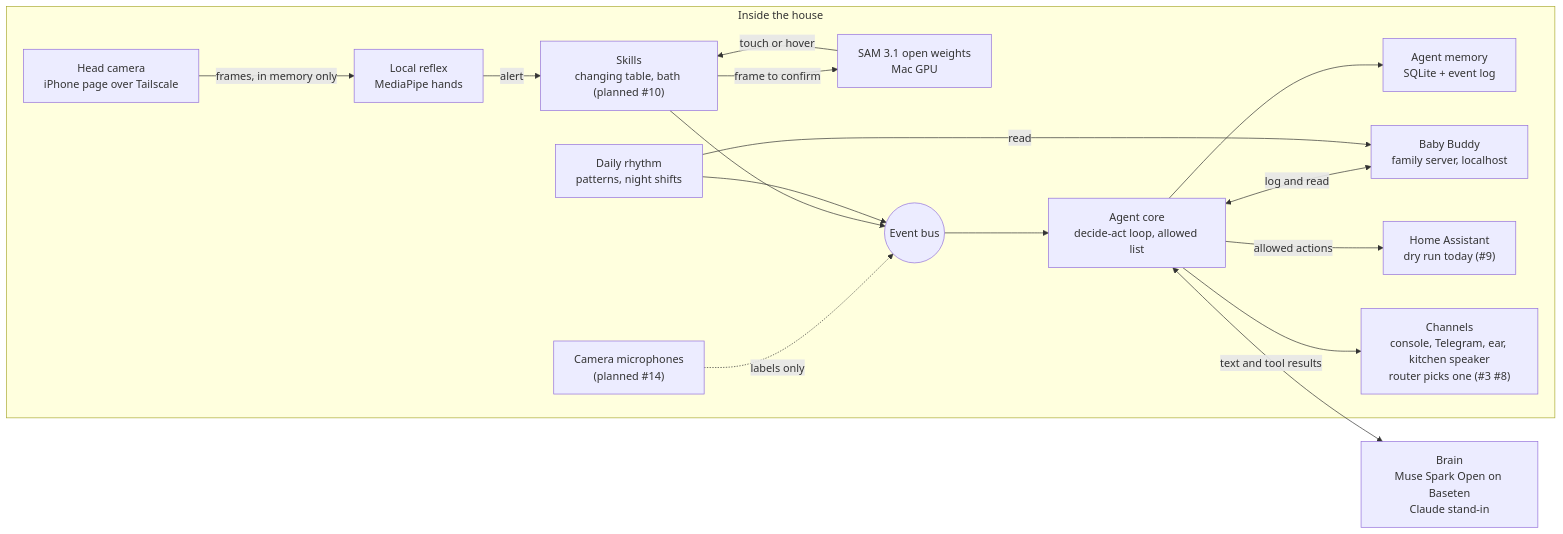
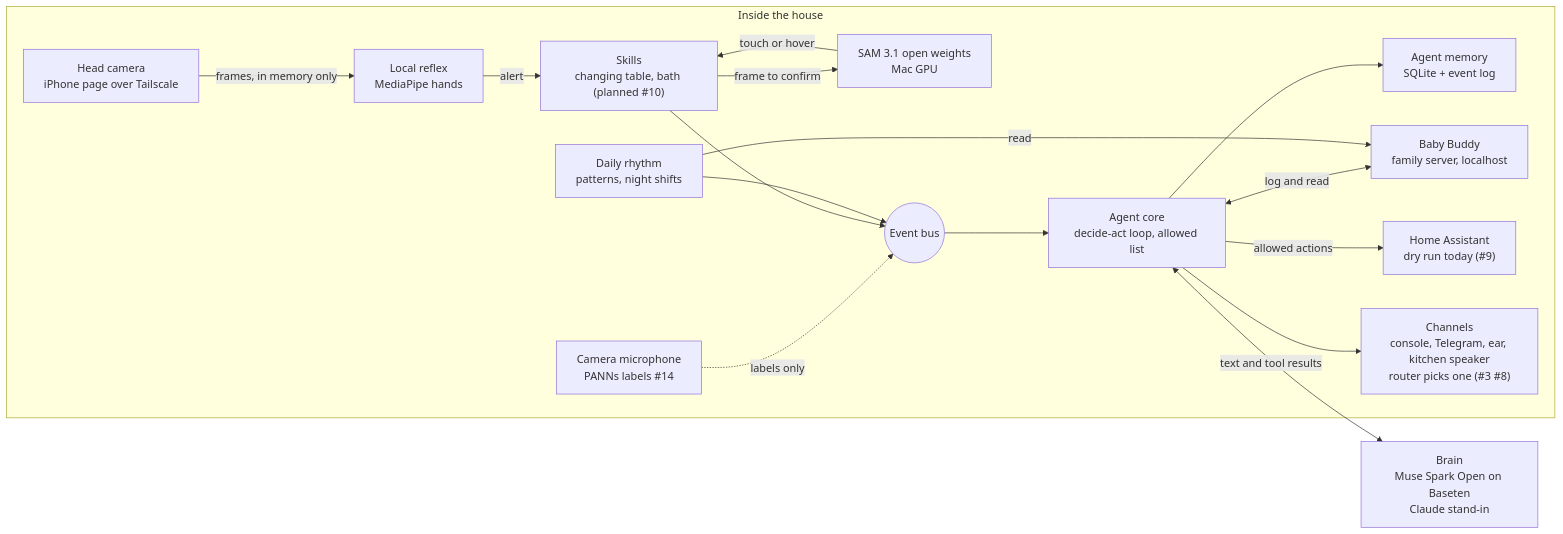
One commit to gonzalomelov/theos-house changed the diagram in docs/architecture.md. Above: the diagram before and after it, drawn with Mermaid. The commit also changed other lines of this file and 14 other files, not shown here.

````diff
--- a/docs/architecture.md
+++ b/docs/architecture.md
@@ -5,33 +5,33 @@
 ```mermaid
 flowchart LR
   subgraph House["Inside the house"]
     cam["Head camera<br/>iPhone page over Tailscale"]
-    mic["Camera microphones<br/>(planned #14)"]
+    mic["Camera microphone<br/>PANNs labels #14"]
     reflex["Local reflex<br/>MediaPipe hands"]
     sam["SAM 3.1 open weights<br/>Mac GPU"]
     bus(("Event bus"))
     core["Agent core<br/>decide-act loop, allowed list"]
     mem["Agent memory<br/>SQLite + event log"]
     bb["Baby Buddy<br/>family server, localhost"]
     rhythm["Daily rhythm<br/>patterns, night shifts"]
     skills["Skills<br/>changing table, bath (planned #10)"]
     ha["Home Assistant<br/>dry run today (#9)"]
     chan["Channels<br/>console, Telegram, ear, kitchen speaker<br/>router picks one (#3 #8)"]
   end
   brain["Brain<br/>Muse Spark Open on Baseten<br/>Claude stand-in"]
 
   cam -->|frames, in memory only| reflex
   reflex -->|alert| skills
   skills -->|frame to confirm| sam
   sam -->|touch or hover| skills
   mic -.->|labels only| bus
   skills --> bus
   rhythm --> bus
   bus --> core
   core <-->|text and tool results| brain
   core --> mem
   core <-->|log and read| bb
   rhythm -->|read| bb
   core -->|allowed actions| ha
   core --> chan
 ```
````
